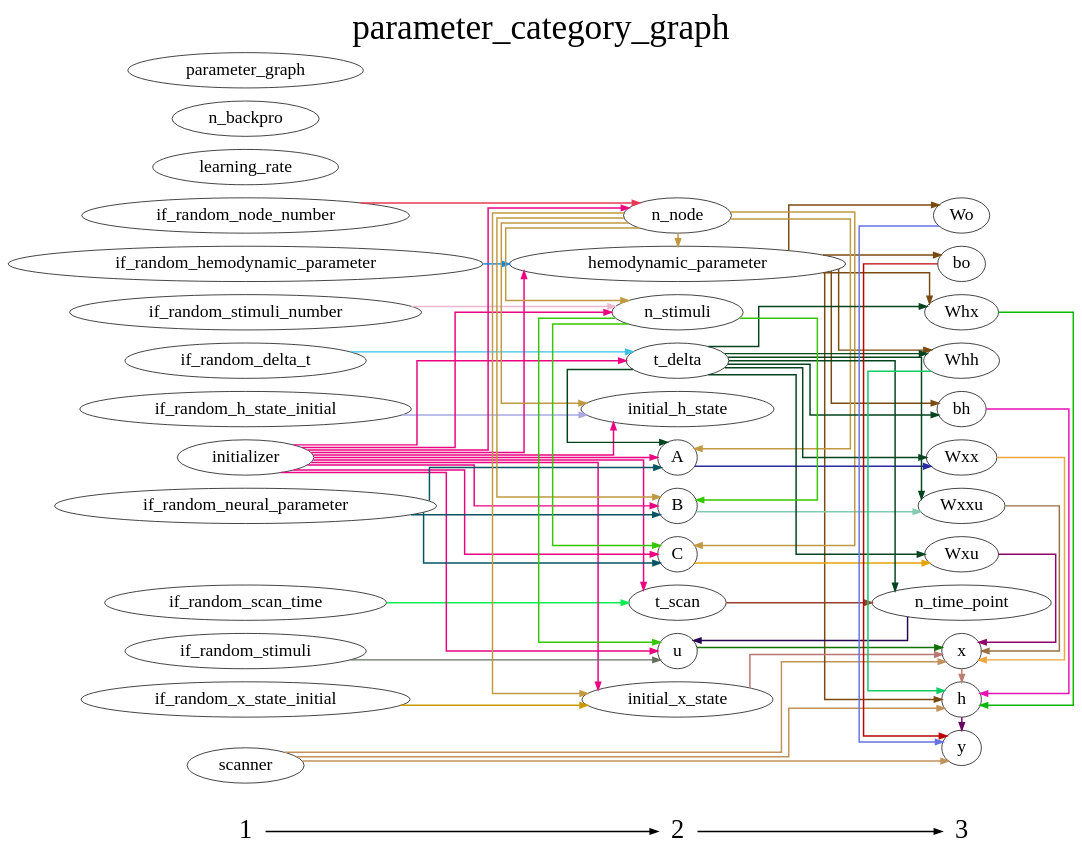
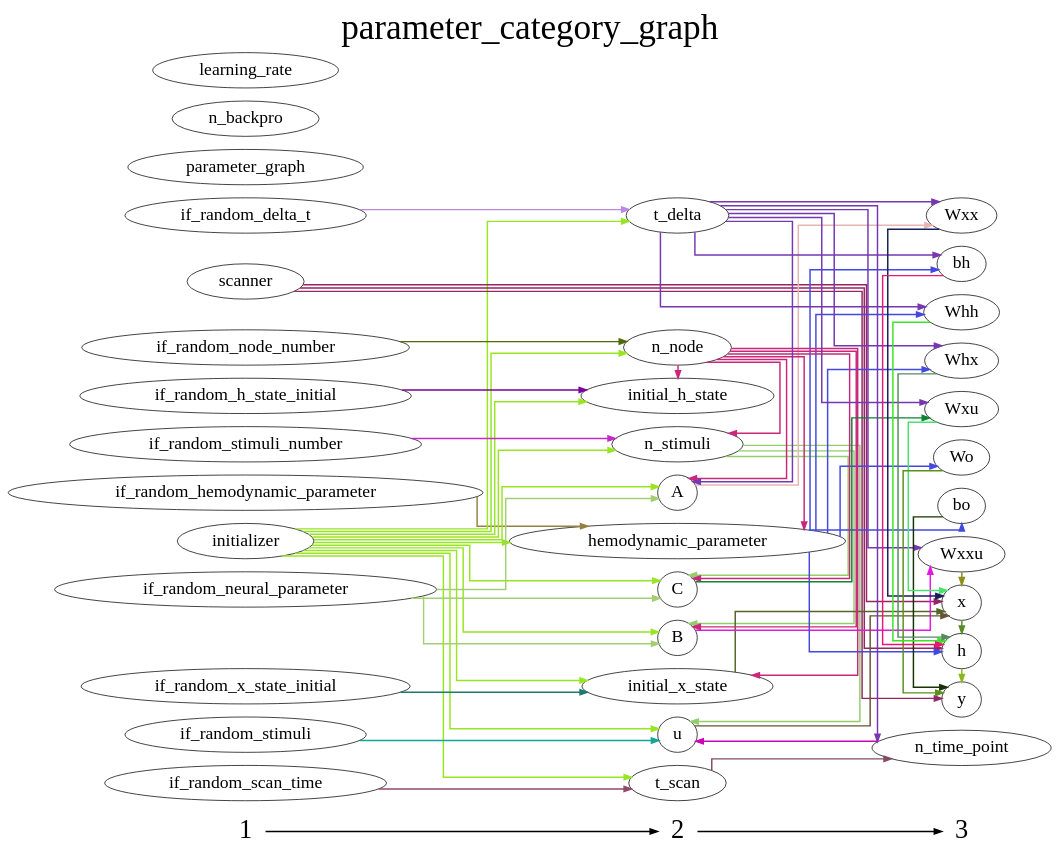
The diagram in DCM_RNN/documents/parameter_category_graph.gv (YuanWangOnward/DCM_RNN), drawn with Graphviz before and after one commit. The commit also changed 7 other files, not shown here.

```diff
--- a/DCM_RNN/documents/parameter_category_graph.gv
+++ b/DCM_RNN/documents/parameter_category_graph.gv
@@ -1,132 +1,132 @@
 digraph G {
           splines=ortho;
           fontsize = 48;
           rankdir = "LR";
           node[fontsize=24];
           edge[penwidth=2];
           {
           node [shape=plaintext fontsize=36];
           1 -> 
           2 -> 
           3
           }
           {rank = same;
           1;
+          if_random_hemodynamic_parameter;
+          initializer;
+          scanner;
+          if_random_stimuli_number;
+          parameter_graph;
+          if_random_h_state_initial;
+          if_random_x_state_initial;
+          if_random_neural_parameter;
+          if_random_scan_time;
           if_random_node_number;
-          learning_rate;
-          scanner;
-          if_random_h_state_initial;
           if_random_delta_t;
           n_backpro;
-          if_random_stimuli_number;
-          parameter_graph;
-          if_random_scan_time;
-          initializer;
-          if_random_neural_parameter;
-          if_random_x_state_initial;
           if_random_stimuli;
-          if_random_hemodynamic_parameter;
+          learning_rate;
           }
           {rank = same;
           2;
+          initial_h_state;
+          t_scan;
+          n_stimuli;
+          initial_x_state;
+          B;
+          u;
           hemodynamic_parameter;
-          B;
-          initial_h_state;
+          A;
+          n_node;
           C;
-          initial_x_state;
-          n_node;
-          t_scan;
-          A;
-          u;
           t_delta;
-          n_stimuli;
           }
           {rank = same;
           3;
+          y;
+          bo;
+          Wxu;
           Wxx;
-          y;
-          n_time_point;
-          Whh;
-          bh;
           Wo;
           Wxxu;
+          h;
+          Whh;
           Whx;
-          Wxu;
           x;
-          h;
-          bo;
+          n_time_point;
+          bh;
           }
-          if_random_node_number -> n_node [color="#E73955"];
-          learning_rate ;
-          x -> h [color="#BB7E72"];
-          scanner -> x [color="#C1925B"];
-          scanner -> y [color="#C1925B"];
-          scanner -> h [color="#C1925B"];
-          B -> Wxxu [color="#83CBAE"];
-          if_random_h_state_initial -> initial_h_state [color="#A8A9E4"];
           y ;
           initial_h_state ;
-          Wxx -> x [color="#ECA73C"];
-          hemodynamic_parameter -> Whh [color="#7B4A10"];
-          hemodynamic_parameter -> Whx [color="#7B4A10"];
-          hemodynamic_parameter -> h [color="#7B4A10"];
-          hemodynamic_parameter -> bo [color="#7B4A10"];
-          hemodynamic_parameter -> bh [color="#7B4A10"];
-          hemodynamic_parameter -> Wo [color="#7B4A10"];
-          Whh -> h [color="#0ECC66"];
-          n_time_point -> u [color="#280551"];
-          bo -> y [color="#BB0302"];
-          bh -> h [color="#E811B4"];
+          if_random_hemodynamic_parameter -> hemodynamic_parameter [color="#958142"];
+          bo -> y [color="#183205"];
+          Wxu -> x [color="#49E26E"];
+          Wxx -> x [color="#171E58"];
+          initializer -> initial_x_state [color="#98E524"];
+          initializer -> t_scan [color="#98E524"];
+          initializer -> initial_h_state [color="#98E524"];
+          initializer -> n_node [color="#98E524"];
+          initializer -> n_stimuli [color="#98E524"];
+          initializer -> B [color="#98E524"];
+          initializer -> u [color="#98E524"];
+          initializer -> hemodynamic_parameter [color="#98E524"];
+          initializer -> A [color="#98E524"];
+          initializer -> C [color="#98E524"];
+          initializer -> t_delta [color="#98E524"];
+          scanner -> y [color="#942663"];
+          scanner -> h [color="#942663"];
+          scanner -> x [color="#942663"];
+          if_random_stimuli_number -> n_stimuli [color="#C22CC6"];
+          Wo -> y [color="#59921A"];
+          C -> Wxu [color="#0B8330"];
+          n_stimuli -> B [color="#92CE6B"];
+          n_stimuli -> u [color="#92CE6B"];
+          n_stimuli -> C [color="#92CE6B"];
+          initial_x_state -> x [color="#536627"];
+          Whh -> h [color="#3BE523"];
+          if_random_h_state_initial -> initial_h_state [color="#7A0399"];
+          B -> Wxxu [color="#E318E2"];
+          u -> x [color="#675333"];
+          if_random_x_state_initial -> initial_x_state [color="#21786E"];
+          parameter_graph ;
+          if_random_neural_parameter -> B [color="#A3CE75"];
+          if_random_neural_parameter -> A [color="#A3CE75"];
+          if_random_neural_parameter -> C [color="#A3CE75"];
+          Whx -> h [color="#548C5E"];
+          h -> y [color="#8AB720"];
+          if_random_node_number -> n_node [color="#50690A"];
+          if_random_delta_t -> t_delta [color="#BC87E1"];
+          n_node -> initial_x_state [color="#C9287A"];
+          n_node -> initial_h_state [color="#C9287A"];
+          n_node -> n_stimuli [color="#C9287A"];
+          n_node -> B [color="#C9287A"];
+          n_node -> hemodynamic_parameter [color="#C9287A"];
+          n_node -> A [color="#C9287A"];
+          n_node -> C [color="#C9287A"];
+          learning_rate ;
+          hemodynamic_parameter -> bo [color="#4349E1"];
+          hemodynamic_parameter -> Whh [color="#4349E1"];
+          hemodynamic_parameter -> h [color="#4349E1"];
+          hemodynamic_parameter -> bh [color="#4349E1"];
+          hemodynamic_parameter -> Wo [color="#4349E1"];
+          hemodynamic_parameter -> Whx [color="#4349E1"];
+          A -> Wxx [color="#E6B6B2"];
+          if_random_scan_time -> t_scan [color="#92476B"];
+          x -> h [color="#558C2A"];
+          Wxxu -> x [color="#8C8E1B"];
+          if_random_stimuli -> u [color="#12A69A"];
+          n_time_point -> u [color="#CA05B7"];
+          bh -> h [color="#E81976"];
+          t_scan -> n_time_point [color="#834B64"];
+          t_delta -> Wxu [color="#7638B0"];
+          t_delta -> Whh [color="#7638B0"];
+          t_delta -> Wxxu [color="#7638B0"];
+          t_delta -> bh [color="#7638B0"];
+          t_delta -> A [color="#7638B0"];
+          t_delta -> Whx [color="#7638B0"];
+          t_delta -> n_time_point [color="#7638B0"];
+          t_delta -> Wxx [color="#7638B0"];
           n_backpro ;
-          Wo -> y [color="#6773E6"];
-          if_random_stimuli_number -> n_stimuli [color="#EAB8CE"];
-          initial_x_state -> x [color="#B77673"];
-          n_node -> A [color="#C19942"];
-          n_node -> hemodynamic_parameter [color="#C19942"];
-          n_node -> B [color="#C19942"];
-          n_node -> initial_h_state [color="#C19942"];
-          n_node -> initial_x_state [color="#C19942"];
-          n_node -> C [color="#C19942"];
-          n_node -> n_stimuli [color="#C19942"];
-          t_scan -> n_time_point [color="#954032"];
-          if_random_delta_t -> t_delta [color="#3EC1E3"];
-          Wxxu -> x [color="#9A7142"];
-          if_random_scan_time -> t_scan [color="#0CEE51"];
-          A -> Wxx [color="#282BA3"];
-          u -> x [color="#127100"];
-          initializer -> A [color="#EC0382"];
-          initializer -> hemodynamic_parameter [color="#EC0382"];
-          initializer -> B [color="#EC0382"];
-          initializer -> initial_h_state [color="#EC0382"];
-          initializer -> initial_x_state [color="#EC0382"];
-          initializer -> n_node [color="#EC0382"];
-          initializer -> t_scan [color="#EC0382"];
-          initializer -> u [color="#EC0382"];
-          initializer -> C [color="#EC0382"];
-          initializer -> t_delta [color="#EC0382"];
-          initializer -> n_stimuli [color="#EC0382"];
-          if_random_neural_parameter -> A [color="#065464"];
-          if_random_neural_parameter -> B [color="#065464"];
-          if_random_neural_parameter -> C [color="#065464"];
-          Whx -> h [color="#0CB805"];
-          Wxu -> x [color="#91036B"];
-          parameter_graph ;
-          if_random_x_state_initial -> initial_x_state [color="#C99A06"];
-          if_random_stimuli -> u [color="#657060"];
-          if_random_hemodynamic_parameter -> hemodynamic_parameter [color="#0E88E9"];
-          h -> y [color="#680662"];
-          C -> Wxu [color="#E4A504"];
-          t_delta -> n_time_point [color="#03441E"];
-          t_delta -> Whh [color="#03441E"];
-          t_delta -> A [color="#03441E"];
-          t_delta -> Whx [color="#03441E"];
-          t_delta -> Wxx [color="#03441E"];
-          t_delta -> Wxxu [color="#03441E"];
-          t_delta -> bh [color="#03441E"];
-          t_delta -> Wxu [color="#03441E"];
-          n_stimuli -> B [color="#34C700"];
-          n_stimuli -> u [color="#34C700"];
-          n_stimuli -> C [color="#34C700"];
           labelloc = "t";
           label = "parameter_category_graph";
 }
```
